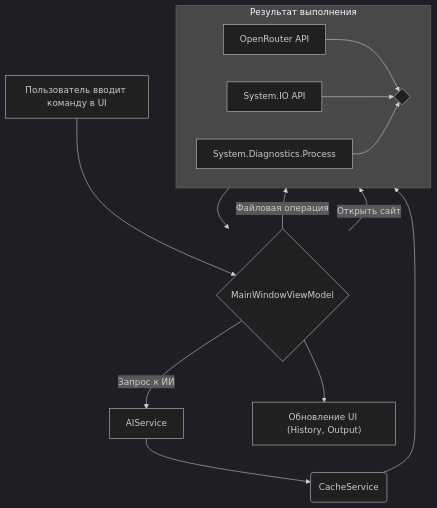
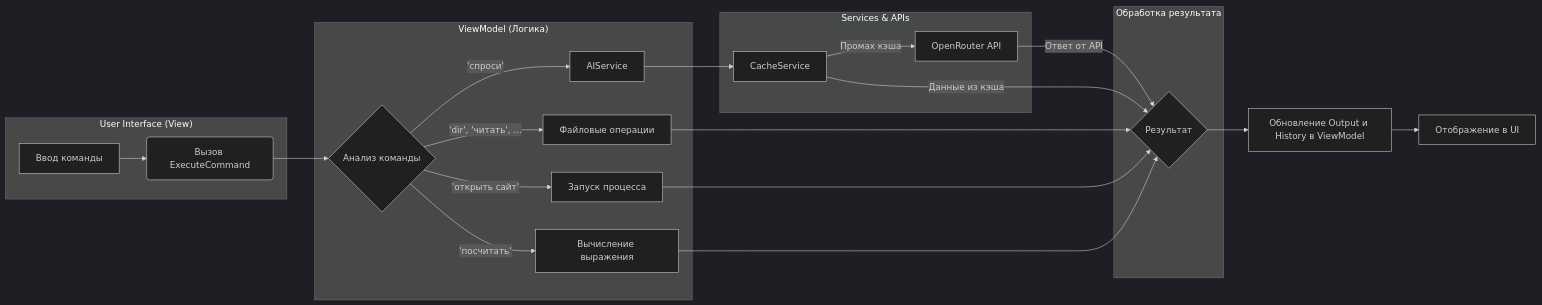
Before and after one commit to entrayz/AIAssistant_CLI: the diagram in README.md, drawn with Mermaid (dark theme).

````diff
--- a/README.md
+++ b/README.md
@@ -48,17 +48,29 @@
 ```mermaid
-graph TD
-    A[Пользователь вводит команду в UI] --> B{MainWindowViewModel};
-    B -->|Запрос к ИИ| C[AIService];
-    B -->|Файловая операция| D[System.IO API];
-    B -->|Открыть сайт| E[System.Diagnostics.Process];
-    C --> F(CacheService);
-    F --> G[OpenRouter API];
-    subgraph "Результат выполнения"
-        direction LR
-        G --> H{ };
-        D --> H;
-        E --> H;
+graph LR
+    subgraph "User Interface (View)"
+        A[Ввод команды] --> B(Вызов ExecuteCommand)
     end
-    H --> B;
-    B --> I["Обновление UI (History, Output)"];
+
+    subgraph "ViewModel (Логика)"
+        B --> C{Анализ команды};
+        C -->|'спроси'| D[AIService]
+        C -->|'dir', 'читать', ...| E[Файловые операции]
+        C -->|'открыть сайт'| F[Запуск процесса]
+        C -->|'посчитать'| G[Вычисление выражения]
+    end
+
+    subgraph "Services & APIs"
+        D --> H[CacheService]
+        H -- "Промах кэша" --> I[OpenRouter API]
+    end
+
+    subgraph "Обработка результата"
+        I -- "Ответ от API" --> J{Результат}
+        H -- "Данные из кэша" --> J
+        E --> J
+        F --> J
+        G --> J
+    end
+
+    J --> K[Обновление Output и History в ViewModel] --> L[Отображение в UI]
 ```
````
